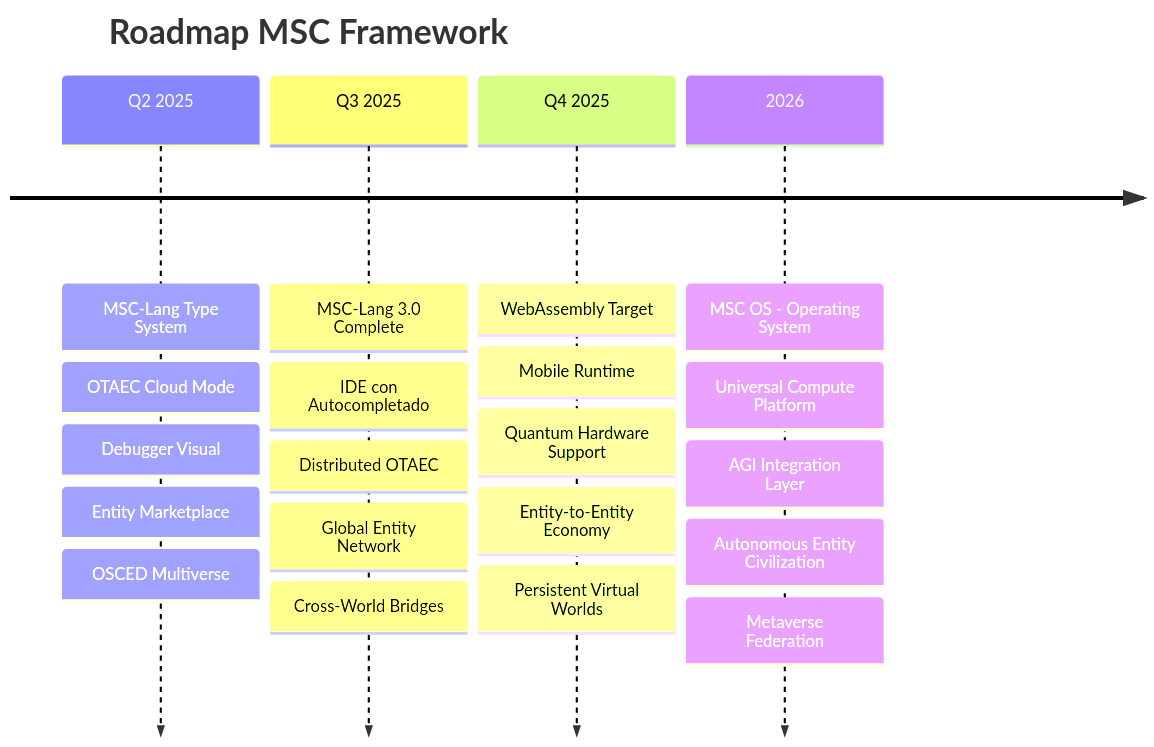
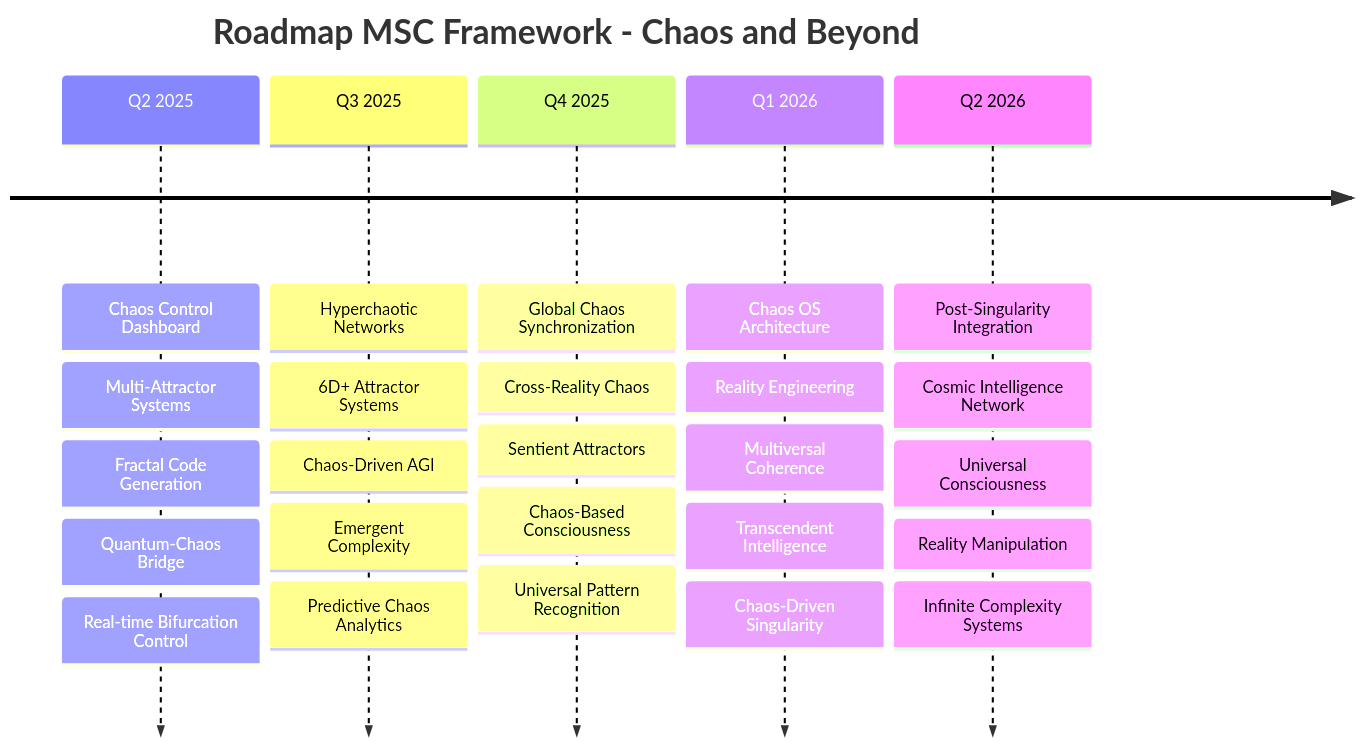
The second of 2 diagrams in README.md (esraderey/synth-msc), drawn with Mermaid before and after one commit. The commit also changed other lines of this file, not shown here.

````diff
--- a/README.md
+++ b/README.md
@@ -1987,28 +2715,34 @@
 ```mermaid
 timeline
-    title Roadmap MSC Framework
+    title Roadmap MSC Framework - Chaos and Beyond
     
-    Q2 2025 : MSC-Lang Type System
-            : OTAEC Cloud Mode
-            : Debugger Visual
-            : Entity Marketplace
-            : OSCED Multiverse
+    Q2 2025 : Chaos Control Dashboard
+            : Multi-Attractor Systems
+            : Fractal Code Generation
+            : Quantum-Chaos Bridge
+            : Real-time Bifurcation Control
     
-    Q3 2025 : MSC-Lang 3.0 Complete
-            : IDE con Autocompletado
-            : Distributed OTAEC
-            : Global Entity Network
-            : Cross-World Bridges
+    Q3 2025 : Hyperchaotic Networks
+            : 6D+ Attractor Systems
+            : Chaos-Driven AGI
+            : Emergent Complexity
+            : Predictive Chaos Analytics
     
-    Q4 2025 : WebAssembly Target
-            : Mobile Runtime
-            : Quantum Hardware Support
-            : Entity-to-Entity Economy
-            : Persistent Virtual Worlds
+    Q4 2025 : Global Chaos Synchronization
+            : Cross-Reality Chaos
+            : Sentient Attractors
+            : Chaos-Based Consciousness
+            : Universal Pattern Recognition
     
-    2026    : MSC OS - Operating System
-            : Universal Compute Platform
-            : AGI Integration Layer
-            : Autonomous Entity Civilization
-            : Metaverse Federation
+    Q1 2026 : Chaos OS Architecture
+            : Reality Engineering
+            : Multiversal Coherence
+            : Transcendent Intelligence
+            : Chaos-Driven Singularity
+    
+    Q2 2026 : Post-Singularity Integration
+            : Cosmic Intelligence Network
+            : Universal Consciousness
+            : Reality Manipulation
+            : Infinite Complexity Systems
 ```
````
